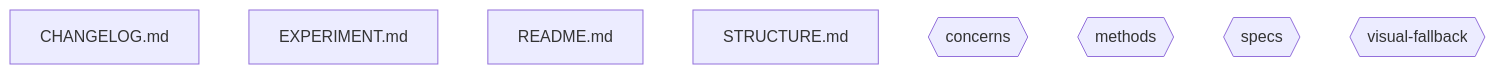
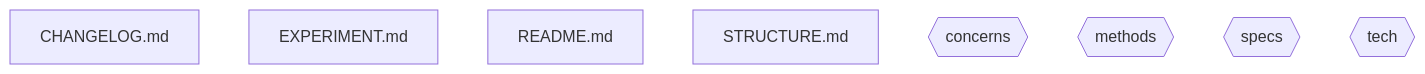
The diagram in lab/formal-system/STRUCTURE.md (andyluss/LiveRefu), drawn with Mermaid before and after one commit. The commit also changed other lines of this file and 31 other files, not shown here.

````diff
--- a/lab/formal-system/STRUCTURE.md
+++ b/lab/formal-system/STRUCTURE.md
@@ -36,11 +36,11 @@
 ```mermaid
 graph TD
     N0[CHANGELOG.md]
     N1[EXPERIMENT.md]
     N2[README.md]
     N3[STRUCTURE.md]
     N4{{concerns}}
     N5{{methods}}
     N6{{specs}}
-    N7{{visual-fallback}}
+    N7{{tech}}
 ```
````
